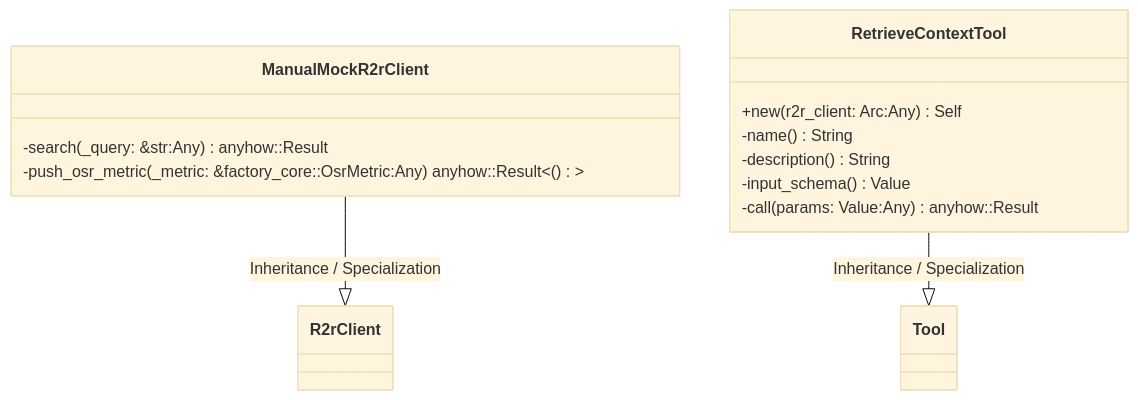
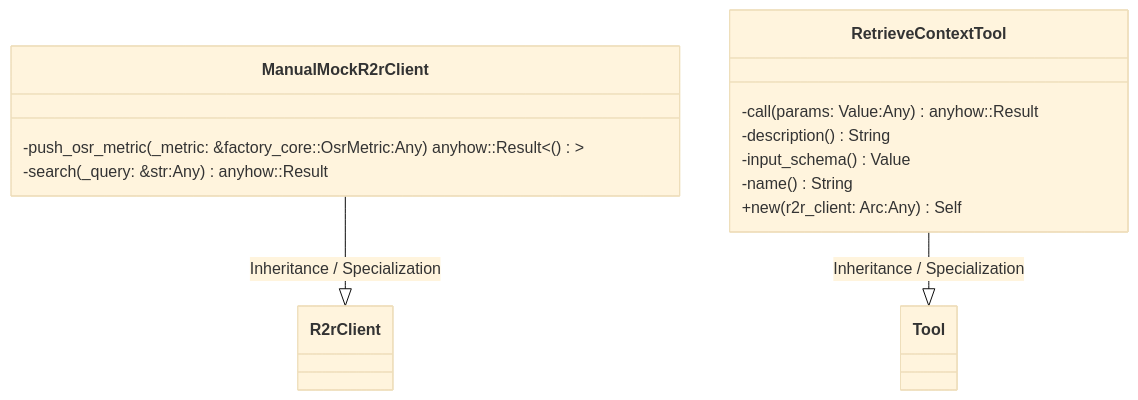
Before and after one commit to lgcorzo/rust_CACD_autonomous_factory: the first of 2 diagrams in openwiki/crates_factory-mcp-server_src_tools_retrieve_context_rs.md, drawn with Mermaid (base theme). The commit also changed other lines of this file and 76 other files, not shown here.

````diff
--- a/openwiki/crates_factory-mcp-server_src_tools_retrieve_context_rs.md
+++ b/openwiki/crates_factory-mcp-server_src_tools_retrieve_context_rs.md
@@ -110,18 +110,18 @@
 ```mermaid
 classDiagram
     direction BT
     class ManualMockR2rClient {
+        -push_osr_metric(_metric: &factory_core::OsrMetric:Any) anyhow::Result<()>
         -search(_query: &str:Any) anyhow::Result<String>
-        -push_osr_metric(_metric: &factory_core::OsrMetric:Any) anyhow::Result<()>
     }
     R2rClient <|-- ManualMockR2rClient : Inheritance / Specialization
     class RetrieveContextTool {
-        +new(r2r_client: Arc<dyn R2rClient>:Any) Self
-        -name() String
+        -call(params: Value:Any) anyhow::Result<CallToolResult>
         -description() String
         -input_schema() Value
-        -call(params: Value:Any) anyhow::Result<CallToolResult>
+        -name() String
+        +new(r2r_client: Arc<dyn R2rClient>:Any) Self
     }
     Tool <|-- RetrieveContextTool : Inheritance / Specialization
 
 ```
````
